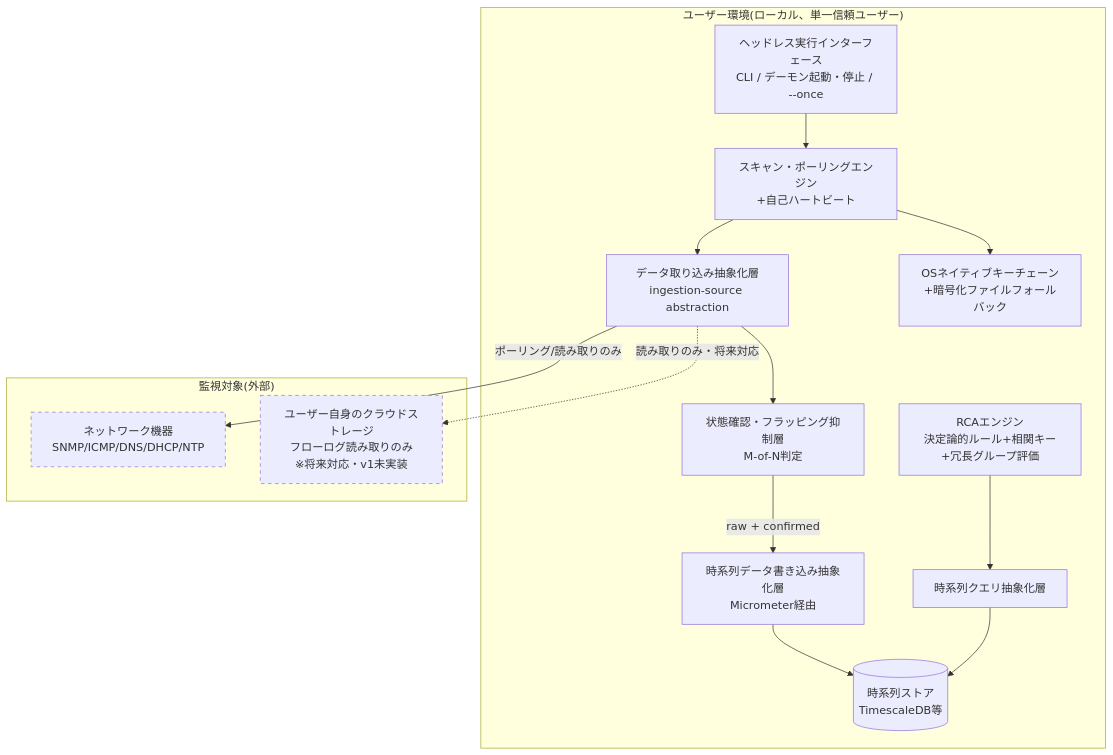
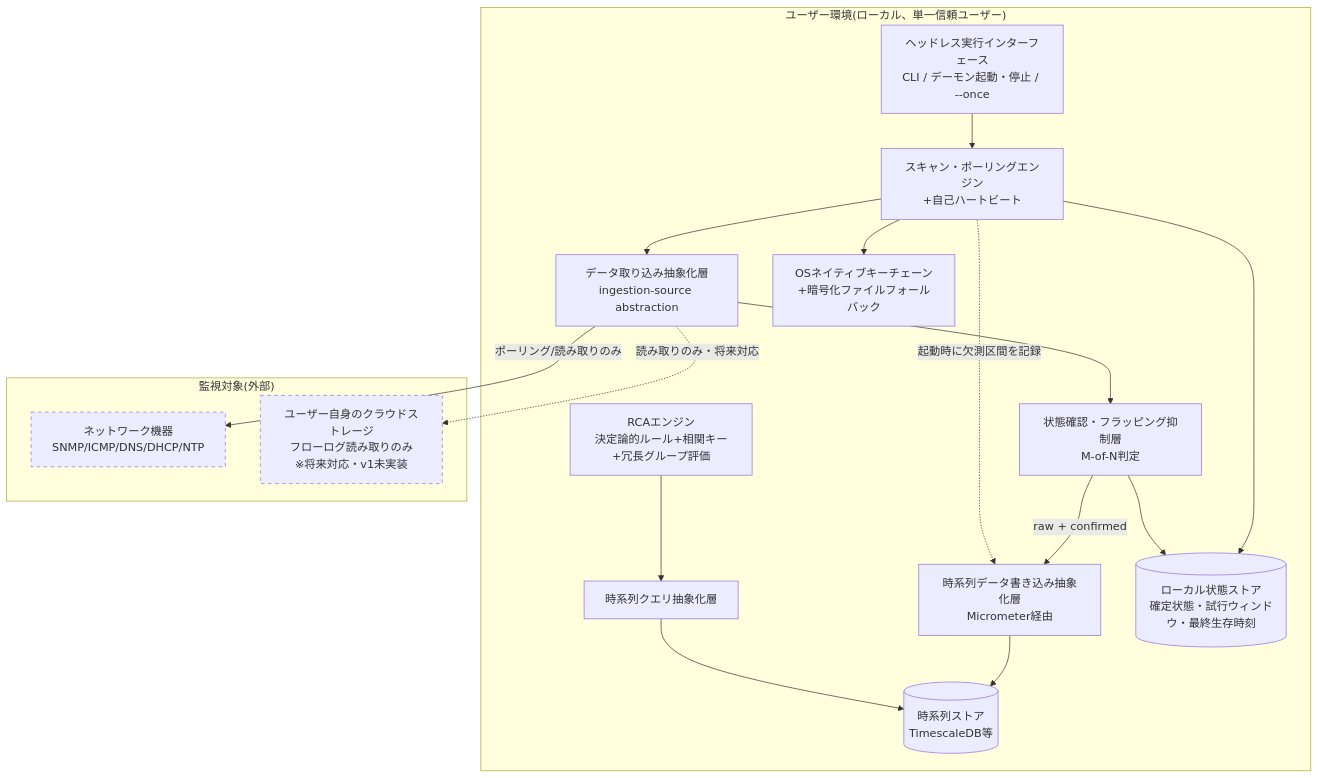
Before and after one commit to Haruyuzuriha/Myaku: the diagram in docs/docs/システム設計/システム方式設計書.md, drawn with Mermaid. The commit also changed other lines of this file and 4 other files, not shown here.

````diff
--- a/docs/docs/システム設計/システム方式設計書.md
+++ b/docs/docs/システム設計/システム方式設計書.md
@@ -35,33 +35,37 @@
 ```mermaid
 graph TB
     subgraph "ユーザー環境(ローカル、単一信頼ユーザー)"
         UI[ヘッドレス実行インターフェース<br/>CLI / デーモン起動・停止 / --once]
         Engine[スキャン・ポーリングエンジン<br/>+自己ハートビート]
         StateConfirm[状態確認・フラッピング抑制層<br/>M-of-N判定]
         RCA[RCAエンジン<br/>決定論的ルール+相関キー+冗長グループ評価]
         Ingest[データ取り込み抽象化層<br/>ingestion-source abstraction]
         WriteAbs[時系列データ書き込み抽象化層<br/>Micrometer経由]
         QueryAbs[時系列クエリ抽象化層]
         TSDB[(時系列ストア<br/>TimescaleDB等)]
         Keychain[OSネイティブキーチェーン<br/>+暗号化ファイルフォールバック]
+        LocalState[(ローカル状態ストア<br/>確定状態・試行ウィンドウ・最終生存時刻)]
     end
 
     subgraph "監視対象(外部)"
         Net[ネットワーク機器<br/>SNMP/ICMP/DNS/DHCP/NTP]
         Cloud[ユーザー自身のクラウドストレージ<br/>フローログ読み取りのみ<br/>※将来対応・v1未実装]
     end
 
     UI --> Engine
     Engine --> Ingest
     Ingest -->|ポーリング/読み取りのみ| Net
     Ingest -.->|読み取りのみ・将来対応| Cloud
     Ingest --> StateConfirm
     StateConfirm -->|raw + confirmed| WriteAbs
     WriteAbs --> TSDB
     QueryAbs --> TSDB
     RCA --> QueryAbs
     Engine --> Keychain
+    Engine --> LocalState
+    StateConfirm --> LocalState
+    Engine -.->|起動時に欠測区間を記録| WriteAbs
 
     style Cloud stroke-dasharray: 5 5
     style Net stroke-dasharray: 5 5
 ```
````
